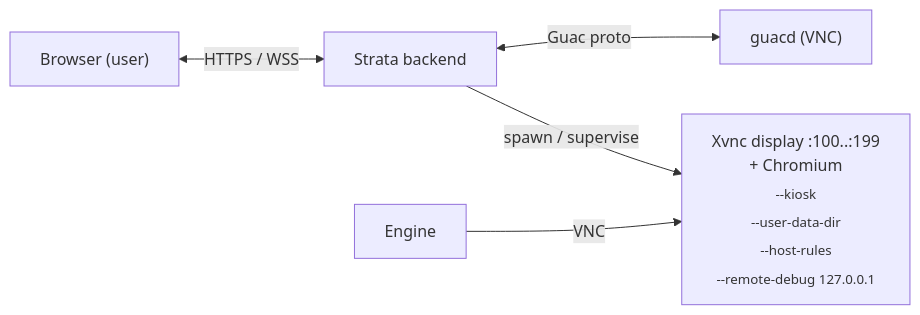
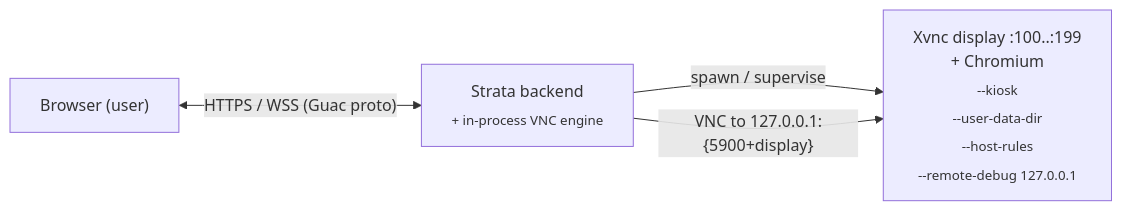
One commit to Bails309/strata-client changed the diagram in docs/web-sessions.md. Above: the diagram before and after it, drawn with Mermaid. The commit also changed 2 other files, not shown here.

Commit message:
docs: last guacd stragglers in the web-session, VDI and DMZ guides
The web-sessions architecture diagram still routed the kiosk through a guacd node, which was also structurally wrong after the earlier pass left an orphaned edge. The VNC engine attaches to the Xvnc display from inside the backend, so the diagram is one box shorter.

Also: the swap-file advice named the wrong container to protect, and the DMZ load-test row measured a component that no longer exists.

````diff
--- a/docs/web-sessions.md
+++ b/docs/web-sessions.md
@@ -52,11 +52,9 @@
 ```mermaid
 flowchart LR
     Browser["Browser (user)"]
-    Browser <-->|"HTTPS / WSS"| Backend
-    Backend["Strata backend"]
-    Backend <-->|"Guac proto"| Guacd
-    Guacd["guacd (VNC)"]
+    Browser <-->|"HTTPS / WSS (Guac proto)"| Backend
+    Backend["Strata backend<br/><sub>+ in-process VNC engine</sub>"]
     Backend -->|"spawn / supervise"| Display
     Display["Xvnc display :100..:199<br/>+ Chromium<br/><sub>--kiosk<br/>--user-data-dir<br/>--host-rules<br/>--remote-debug 127.0.0.1</sub>"]
-    Engine -->|"VNC"| Display
+    Backend -->|"VNC to 127.0.0.1:{5900+display}"| Display
 ```
````
